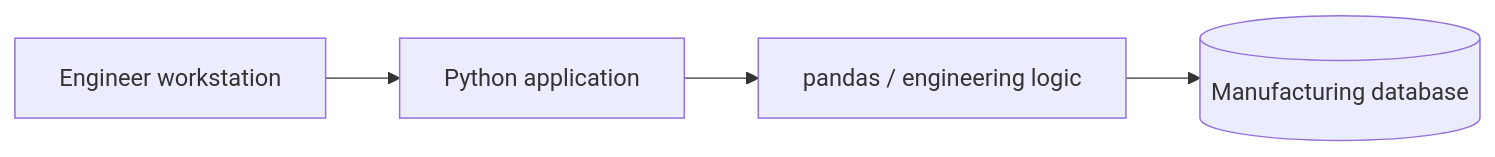
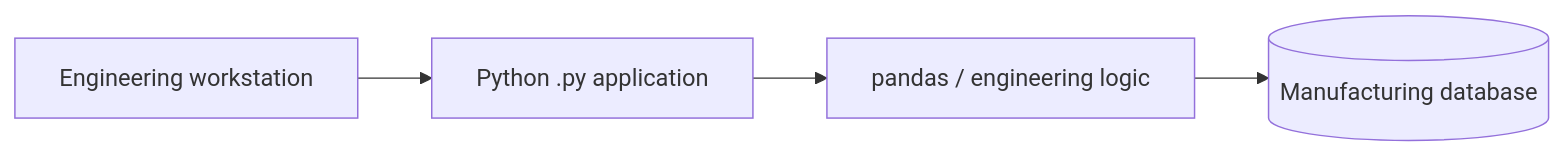
Before and after one commit to 4sy8zwp9hz-netizen/manufacturing-software-portfolio: the second of 12 diagrams in docs/PLATFORM_ARCHITECTURE_EVOLUTION.md, drawn with Mermaid. The commit also changed other lines of this file, not shown here.

````diff
--- a/docs/PLATFORM_ARCHITECTURE_EVOLUTION.md
+++ b/docs/PLATFORM_ARCHITECTURE_EVOLUTION.md
@@ -34,6 +37,6 @@
 ```mermaid
 flowchart LR
-    U[Engineer workstation] --> APP[Python application]
-    APP --> ANALYTICS[pandas / engineering logic]
+    DEV[Engineering workstation] --> PY[Python .py application]
+    PY --> ANALYTICS[pandas / engineering logic]
     ANALYTICS --> DB[(Manufacturing database)]
 ```
````
